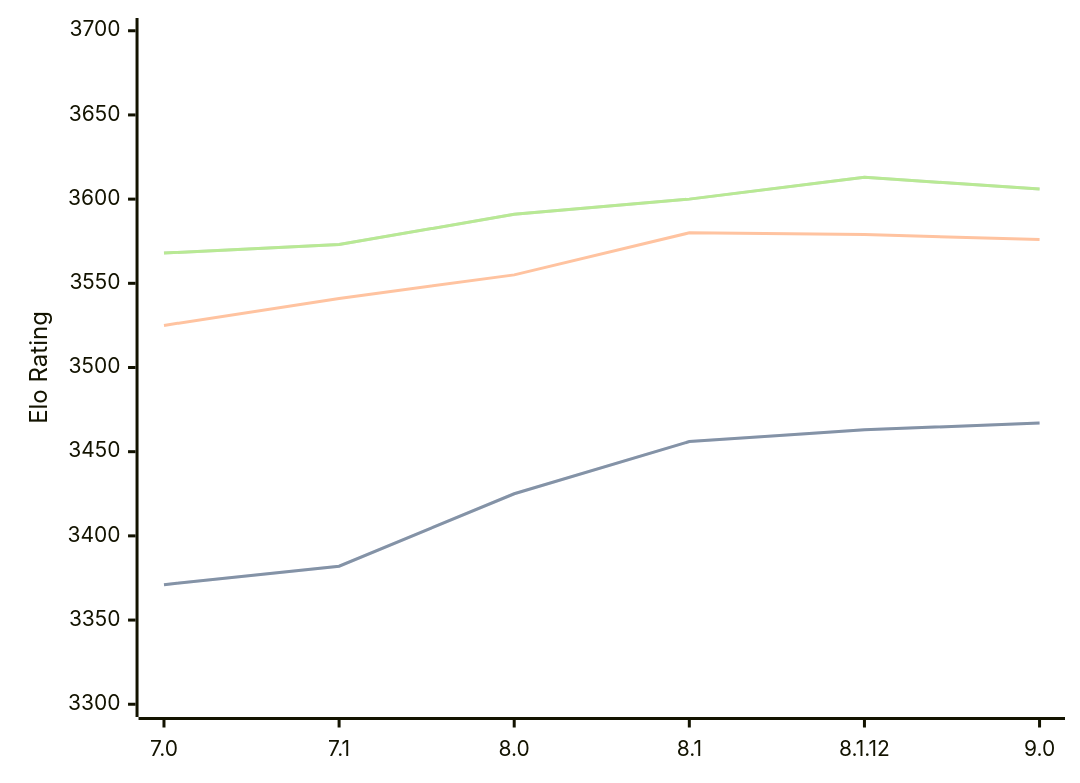
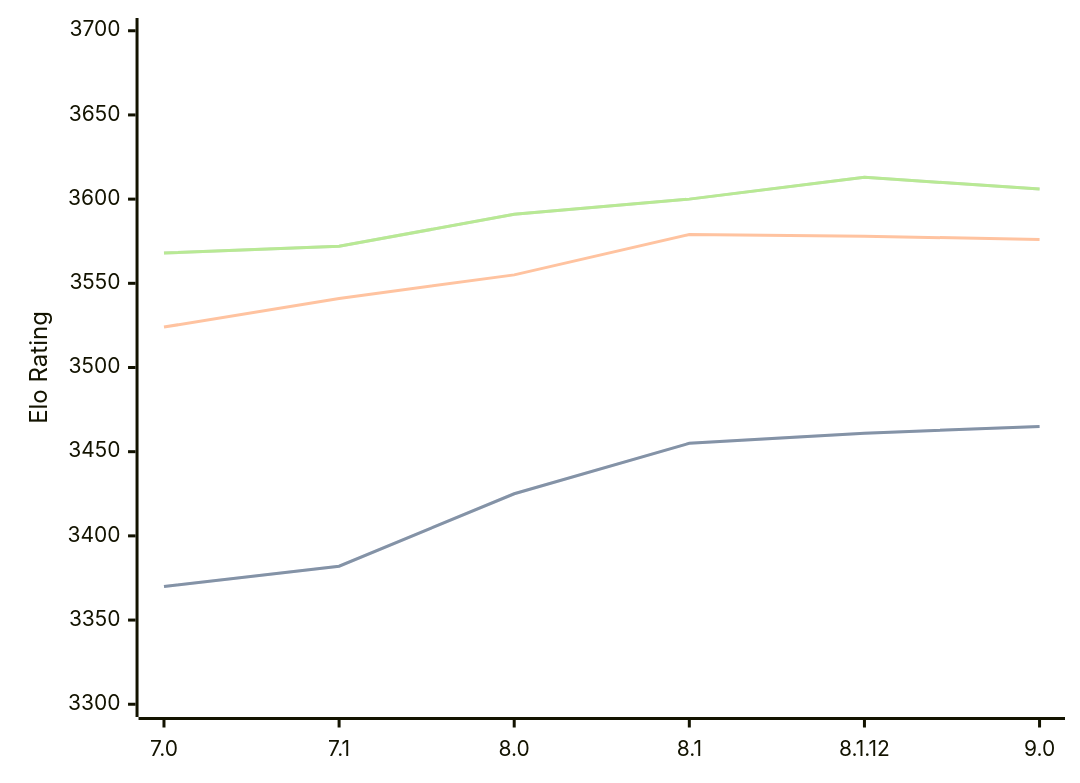
Before and after one commit to computer-chess-index/cci: the diagram in engines/Alexandria.md, drawn with Mermaid. The commit also changed other lines of this file, not shown here.

Commit message:
Update CCI Ratings (ELO VLTC) - 2026-03-17

````diff
--- a/engines/Alexandria.md
+++ b/engines/Alexandria.md
@@ -53,11 +53,11 @@
 ```mermaid
 %%{init: {"theme":"base","themeVariables":{"seriesColors:['#a3a3a3','#222221','#faa371']}}}%%
 xychart-beta
   x-axis ["7.0", "7.1", "8.0", "8.1", "8.1.12", "9.0"]
   y-axis "Elo Rating" 3300 --> 3700
-  line "STC (8.0+0.08s)" [3371, 3382, 3425, 3456, 3463, 3467]
-  line "STC (8.0+0.08s)" [3371, 3382, 3425, 3456, 3463, 3467]
-  line "LTC (60.0+0.60s)" [3525, 3541, 3555, 3580, 3579, 3576]
-  line "VLTC (2m24s+1.12s)" [3568, 3573, 3591, 3600, 3613, 3606]
-  line "VLTC (2m24s+1.12s)" [3568, 3573, 3591, 3600, 3613, 3606]
+  line "STC (8.0+0.08s)" [3370, 3382, 3425, 3455, 3461, 3465]
+  line "STC (8.0+0.08s)" [3370, 3382, 3425, 3455, 3461, 3465]
+  line "LTC (60.0+0.60s)" [3524, 3541, 3555, 3579, 3578, 3576]
+  line "VLTC (2m24s+1.12s)" [3568, 3572, 3591, 3600, 3613, 3606]
+  line "VLTC (2m24s+1.12s)" [3568, 3572, 3591, 3600, 3613, 3606]
 ```
````
